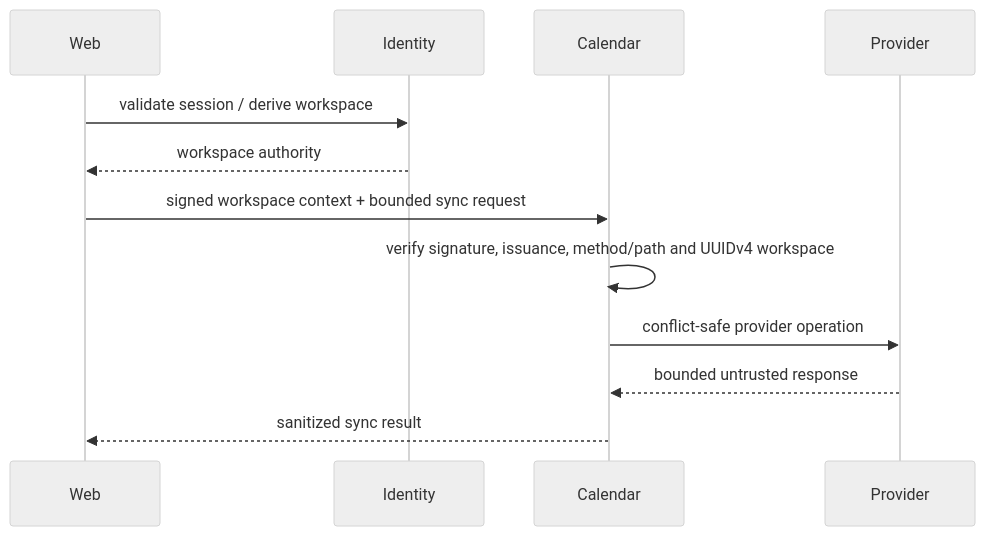
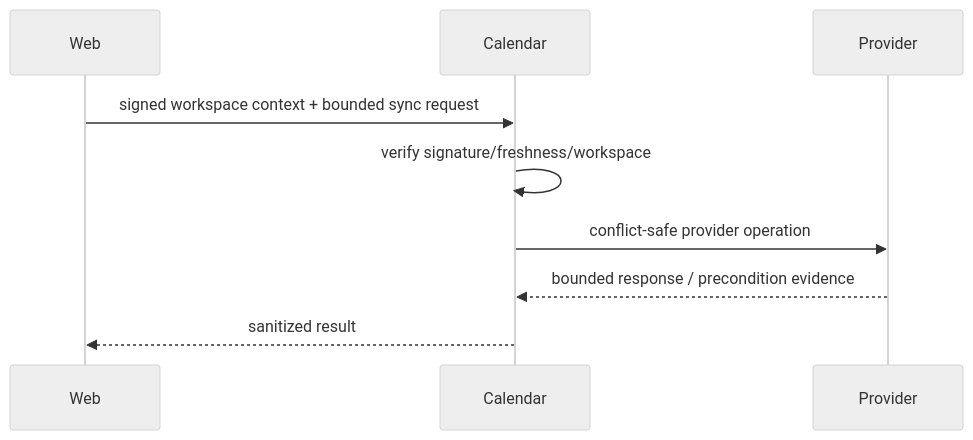
Before and after one commit to ContextualWisdomLab/life-os: the fifth of 14 diagrams in docs/UML.md, drawn with Mermaid (neutral theme). The commit also changed other lines of this file, not shown here.

Commit message:
docs(uml): reconcile current integration and verification flows

````diff
--- a/docs/UML.md
+++ b/docs/UML.md
@@ -100,14 +85,11 @@
 ```mermaid
 sequenceDiagram
     participant Web
-    participant Identity
     participant Calendar
     participant Provider
-    Web->>Identity: validate session / derive workspace
-    Identity-->>Web: workspace authority
     Web->>Calendar: signed workspace context + bounded sync request
-    Calendar->>Calendar: verify signature, issuance, method/path and UUIDv4 workspace
+    Calendar->>Calendar: verify signature/freshness/workspace
     Calendar->>Provider: conflict-safe provider operation
-    Provider-->>Calendar: bounded untrusted response
-    Calendar-->>Web: sanitized sync result
+    Provider-->>Calendar: bounded response / precondition evidence
+    Calendar-->>Web: sanitized result
 ```
````
